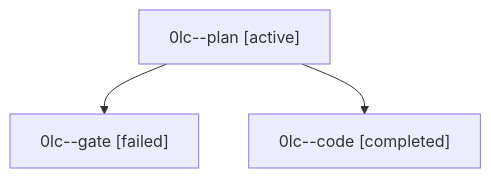
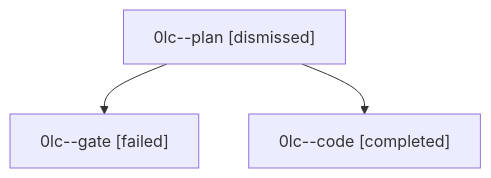
Before and after one commit to bobs-org/bob-cli--agents: the diagram in sessions/bbugyi200.athena.0lc.md, drawn with Mermaid. The commit also changed other lines of this file and 12 other files, not shown here.

````diff
--- a/sessions/bbugyi200.athena.0lc.md
+++ b/sessions/bbugyi200.athena.0lc.md
@@ -9,8 +9,8 @@
 ```mermaid
 flowchart TD
-  n0["0lc--plan [active]"]
+  n0["0lc--plan [dismissed]"]
   n1["0lc--gate [failed]"]
   n0 --> n1
   n2["0lc--code [completed]"]
   n0 --> n2
 ```
````
